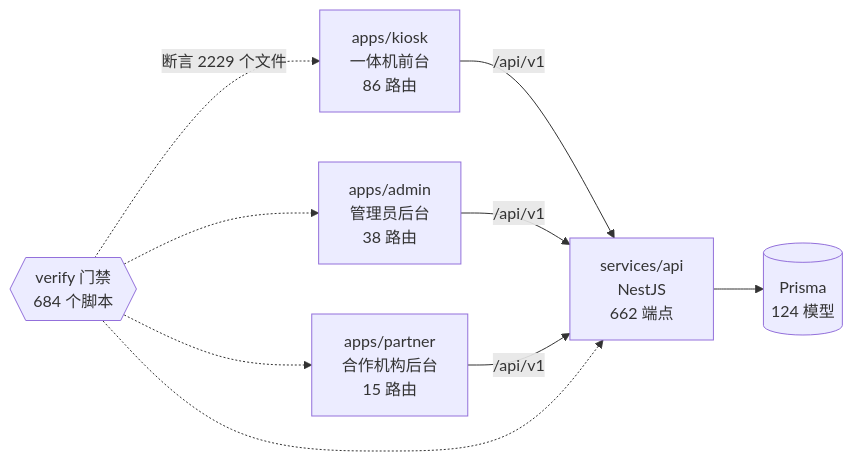
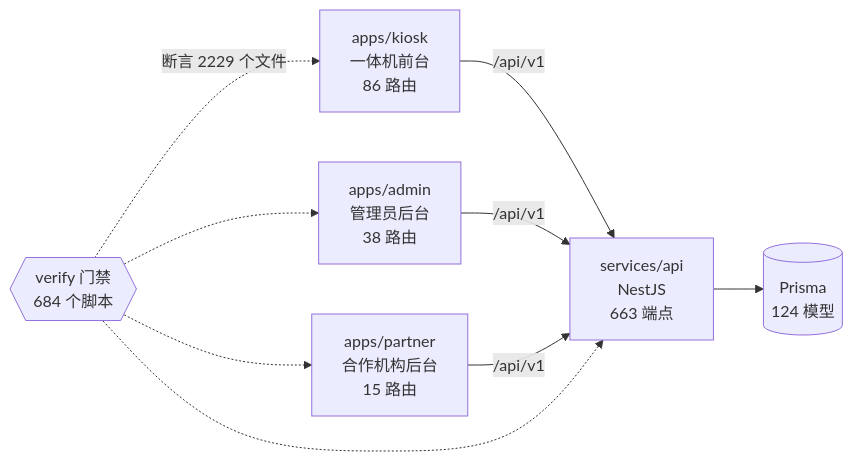
Before and after one commit to wanglei581/YITIJI: the diagram in docs/graph/README.md, drawn with Mermaid. The commit also changed other lines of this file and 3 other files, not shown here.

First line of the commit message:
图谱：按合并后的代码重生

````diff
--- a/docs/graph/README.md
+++ b/docs/graph/README.md
@@ -68,18 +68,18 @@
 ```mermaid
 flowchart LR
   kiosk["apps/kiosk<br/>一体机前台<br/>86 路由"]
   admin["apps/admin<br/>管理员后台<br/>38 路由"]
   partner["apps/partner<br/>合作机构后台<br/>15 路由"]
-  api["services/api<br/>NestJS<br/>662 端点"]
+  api["services/api<br/>NestJS<br/>663 端点"]
   db[("Prisma<br/>124 模型")]
   gates{{"verify 门禁<br/>684 个脚本"}}
 
   kiosk -->|"/api/v1"| api
   admin -->|"/api/v1"| api
   partner -->|"/api/v1"| api
   api --> db
   gates -.->|"断言 2229 个文件"| kiosk
   gates -.-> admin
   gates -.-> partner
   gates -.-> api
 ```
````
